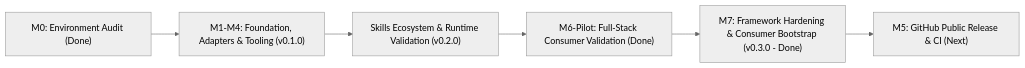
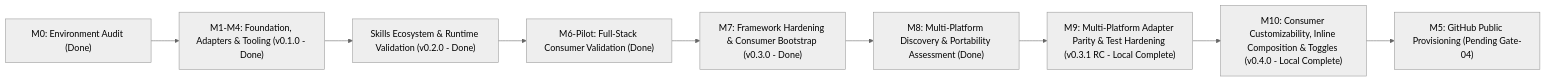
The diagram in docs/ROADMAP.md (Raele24/ai-engineering-framework), drawn with Mermaid (neutral theme) before and after one commit. The commit also changed other lines of this file and 86 other files, not shown here.

Commit message:
feat: initialize core AI engineering framework with CLI, adapters, and validation suite

````diff
--- a/docs/ROADMAP.md
+++ b/docs/ROADMAP.md
@@ -9,8 +9,11 @@
 ```mermaid
 flowchart LR
-    M0["M0: Environment Audit (Done)"] --> M1["M1-M4: Foundation, Adapters & Tooling (v0.1.0)"]
-    M1 --> M2["Skills Ecosystem & Runtime Validation (v0.2.0)"]
+    M0["M0: Environment Audit (Done)"] --> M1["M1-M4: Foundation, Adapters & Tooling (v0.1.0 - Done)"]
+    M1 --> M2["Skills Ecosystem & Runtime Validation (v0.2.0 - Done)"]
     M2 --> M6["M6-Pilot: Full-Stack Consumer Validation (Done)"]
     M6 --> M7["M7: Framework Hardening & Consumer Bootstrap (v0.3.0 - Done)"]
-    M7 --> M5["M5: GitHub Public Release & CI (Next)"]
+    M7 --> M8["M8: Multi-Platform Discovery & Portability Assessment (Done)"]
+    M8 --> M9["M9: Multi-Platform Adapter Parity & Test Hardening (v0.3.1 RC - Local Complete)"]
+    M9 --> M10["M10: Consumer Customizability, Inline Composition & Toggles (v0.4.0 - Local Complete)"]
+    M10 --> M5["M5: GitHub Public Provisioning (Pending Gate-04)"]
 ```
````
